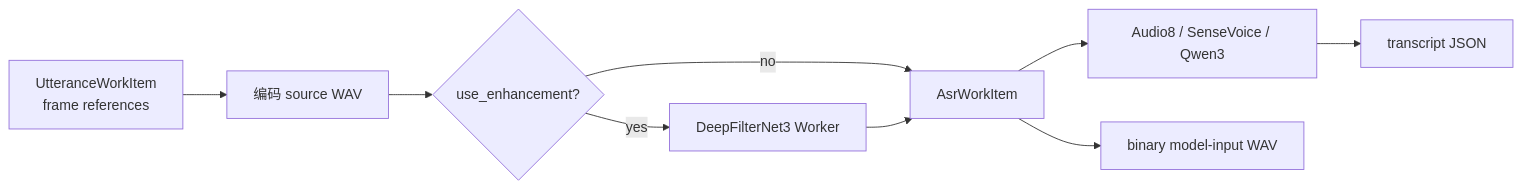
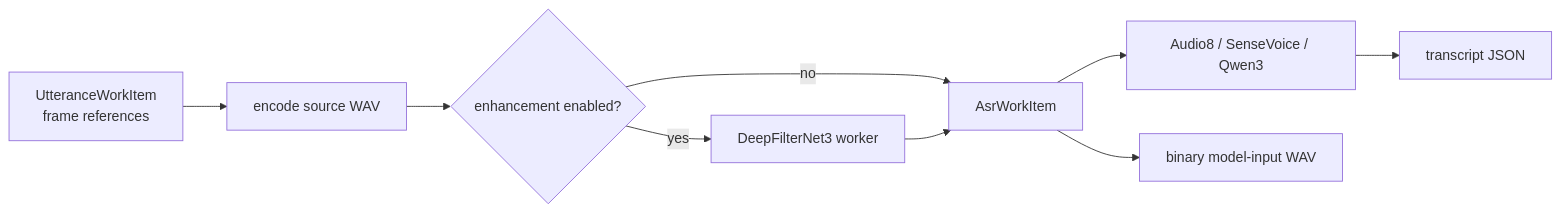
The fifth of 6 diagrams in apps/web/backend/src/hugging_mac_web/live_transcription/README.md (devilyouwei/hugging-mac), drawn with Mermaid before and after one commit. The commit also changed other lines of this file and 93 other files, not shown here.

````diff
--- a/apps/web/backend/src/hugging_mac_web/live_transcription/README.md
+++ b/apps/web/backend/src/hugging_mac_web/live_transcription/README.md
@@ -193,11 +220,11 @@
 ```mermaid
 flowchart LR
-    U[UtteranceWorkItem<br/>frame references] --> W[编码 source WAV]
-    W --> C{use_enhancement?}
-    C -->|yes| D[DeepFilterNet3 Worker]
+    U[UtteranceWorkItem<br/>frame references] --> W[encode source WAV]
+    W --> C{enhancement enabled?}
+    C -->|yes| D[DeepFilterNet3 worker]
     C -->|no| I[AsrWorkItem]
     D --> I
     I --> A[Audio8 / SenseVoice / Qwen3]
     A --> J[transcript JSON]
     I --> B[binary model-input WAV]
 ```
````
